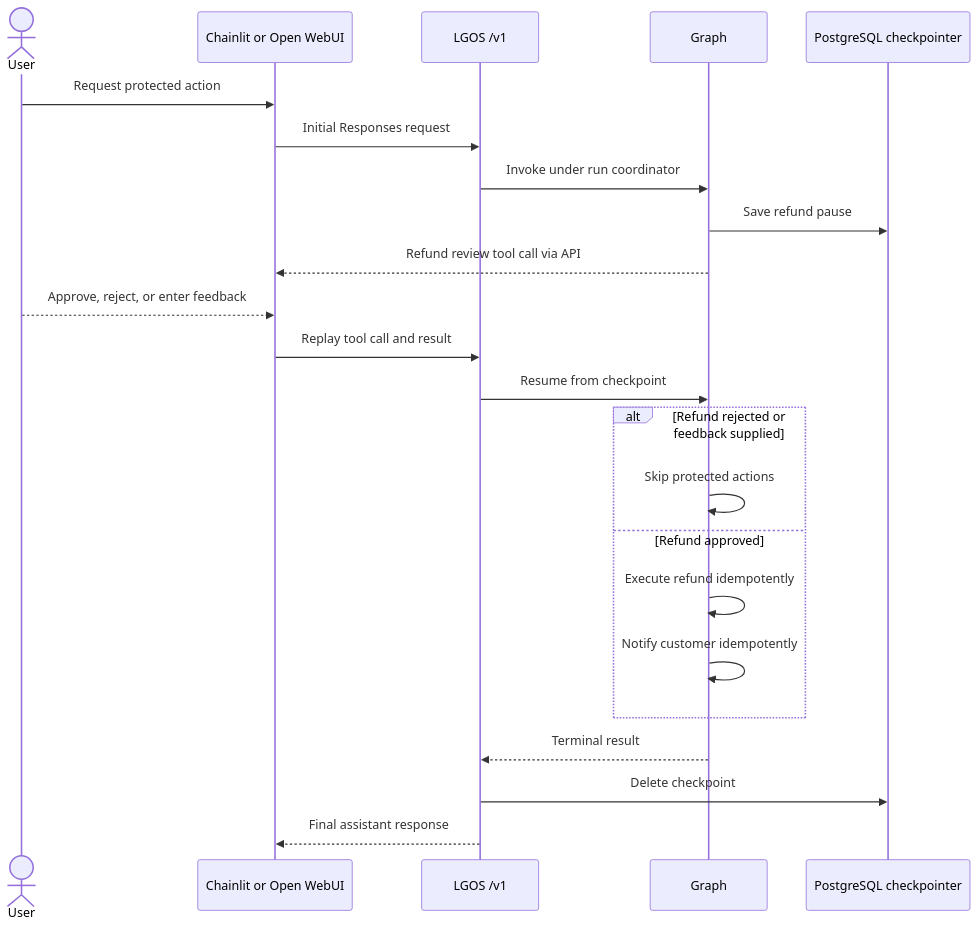
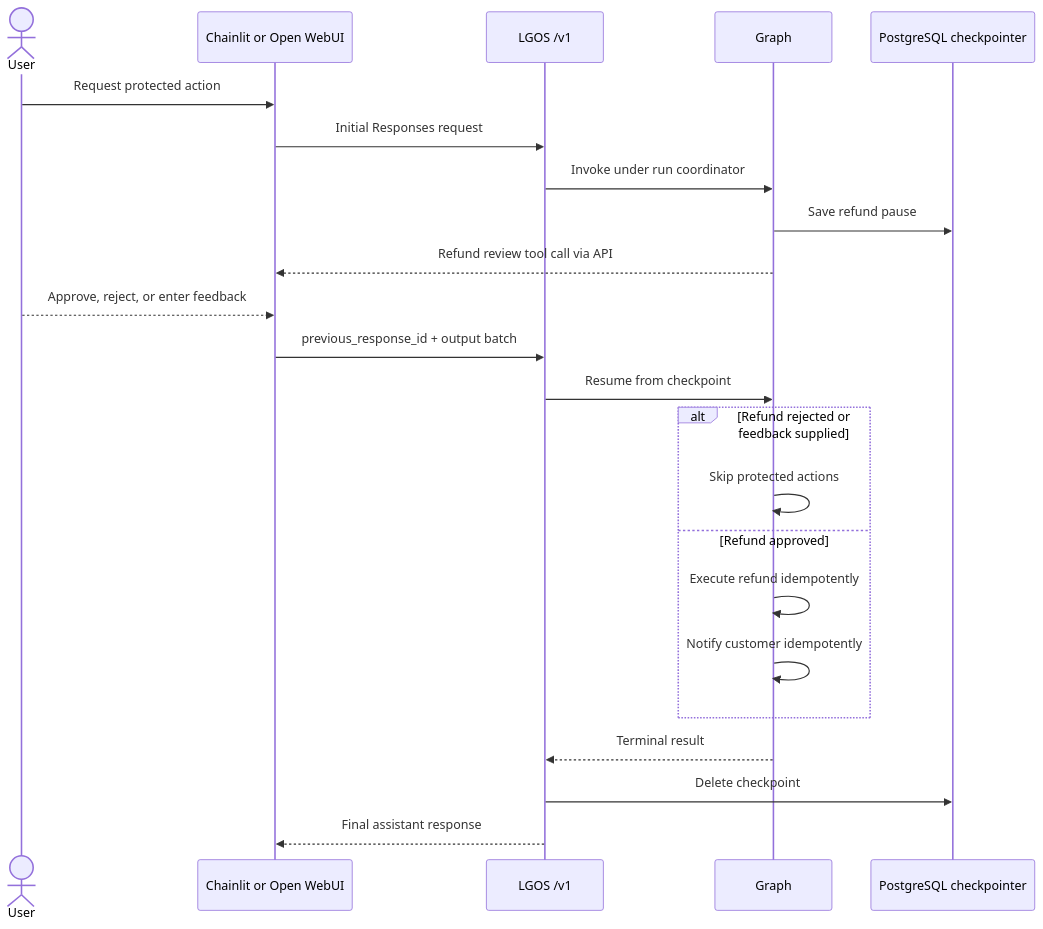
Before and after one commit to ilkersigirci/langgraph-openai-serve: the second of 2 diagrams in docs/demo/graphs/interruptible-approval.md, drawn with Mermaid. The commit also changed other lines of this file and 72 other files, not shown here.

````diff
--- a/docs/demo/graphs/interruptible-approval.md
+++ b/docs/demo/graphs/interruptible-approval.md
@@ -33,26 +33,26 @@
 ```mermaid
 sequenceDiagram
   actor User
   participant UI as Chainlit or Open WebUI
   participant API as LGOS /v1
   participant Graph
   participant DB as PostgreSQL checkpointer
 
   User->>UI: Request protected action
   UI->>API: Initial Responses request
   API->>Graph: Invoke under run coordinator
   Graph->>DB: Save refund pause
   Graph-->>UI: Refund review tool call via API
   User-->>UI: Approve, reject, or enter feedback
-  UI->>API: Replay tool call and result
+  UI->>API: previous_response_id + output batch
   API->>Graph: Resume from checkpoint
   alt Refund rejected or feedback supplied
     Graph->>Graph: Skip protected actions
   else Refund approved
     Graph->>Graph: Execute refund idempotently
     Graph->>Graph: Notify customer idempotently
   end
   Graph-->>API: Terminal result
   API->>DB: Delete checkpoint
   API-->>UI: Final assistant response
 ```
````
